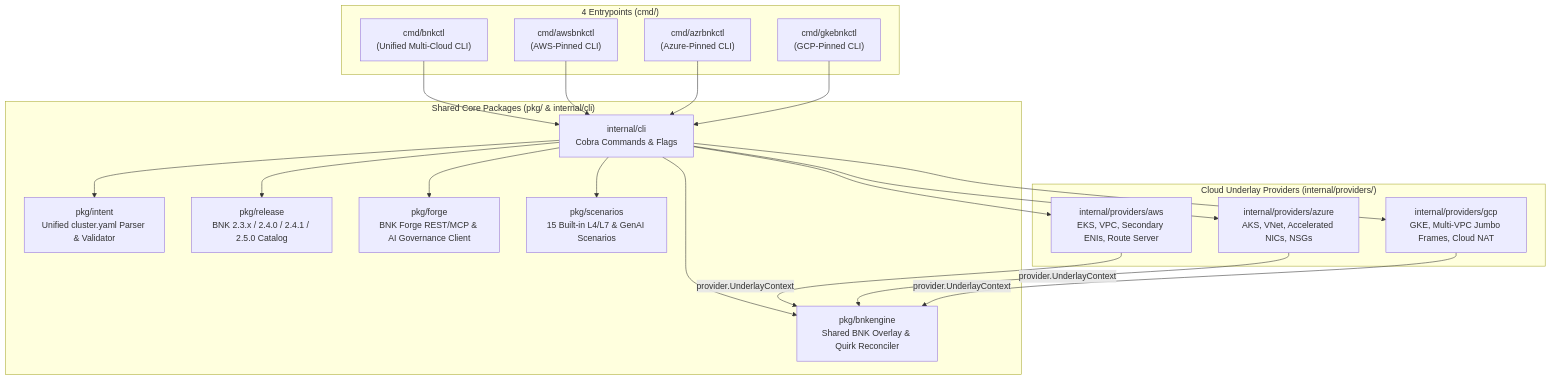
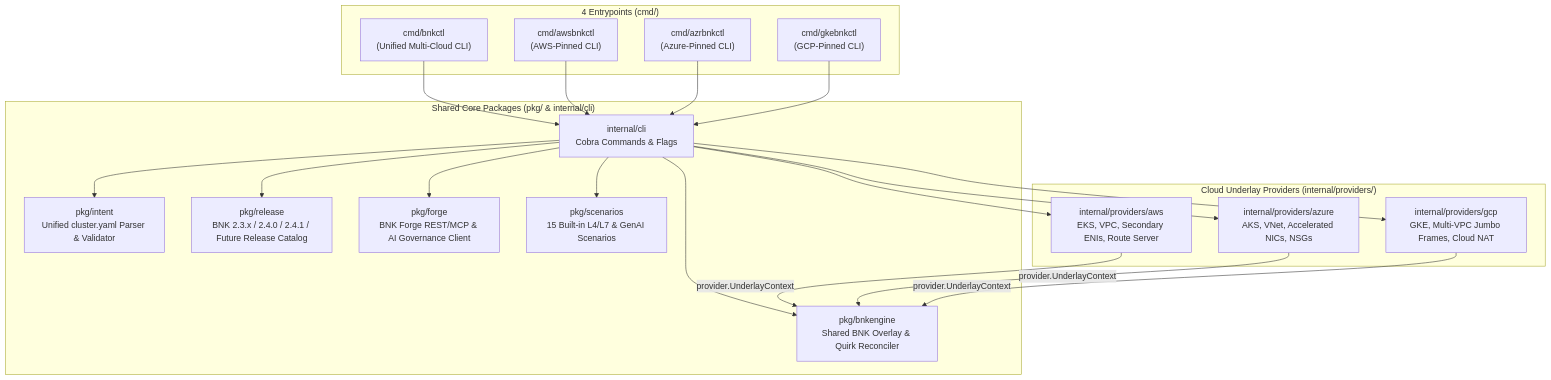
Before and after one commit to JLCode-tech/bnkctl: the diagram in docs/ARCHITECTURE.md, drawn with Mermaid. The commit also changed other lines of this file and 1 other file, not shown here.

Commit message:
docs: align release catalog references in docs/ with README (future release instead of 2.5.0)

````diff
--- a/docs/ARCHITECTURE.md
+++ b/docs/ARCHITECTURE.md
@@ -9,29 +9,29 @@
 ```mermaid
 flowchart TD
     subgraph CLIs["4 Entrypoints (cmd/)"]
         U["cmd/bnkctl\n(Unified Multi-Cloud CLI)"]
         A["cmd/awsbnkctl\n(AWS-Pinned CLI)"]
         Z["cmd/azrbnkctl\n(Azure-Pinned CLI)"]
         G["cmd/gkebnkctl\n(GCP-Pinned CLI)"]
     end
 
     subgraph Core["Shared Core Packages (pkg/ & internal/cli)"]
         CLI["internal/cli\nCobra Commands & Flags"]
         INT["pkg/intent\nUnified cluster.yaml Parser & Validator"]
-        REL["pkg/release\nBNK 2.3.x / 2.4.0 / 2.4.1 / 2.5.0 Catalog"]
+        REL["pkg/release\nBNK 2.3.x / 2.4.0 / 2.4.1 / Future Release Catalog"]
         ENG["pkg/bnkengine\nShared BNK Overlay & Quirk Reconciler"]
         FRG["pkg/forge\nBNK Forge REST/MCP & AI Governance Client"]
         SCN["pkg/scenarios\n15 Built-in L4/L7 & GenAI Scenarios"]
     end
 
     subgraph Providers["Cloud Underlay Providers (internal/providers/)"]
         PAWS["internal/providers/aws\nEKS, VPC, Secondary ENIs, Route Server"]
         PAZR["internal/providers/azure\nAKS, VNet, Accelerated NICs, NSGs"]
         PGCP["internal/providers/gcp\nGKE, Multi-VPC Jumbo Frames, Cloud NAT"]
     end
 
     U & A & Z & G --> CLI
     CLI --> INT & REL & ENG & FRG & SCN
     CLI --> PAWS & PAZR & PGCP
     PAWS & PAZR & PGCP -->|provider.UnderlayContext| ENG
 ```
````
